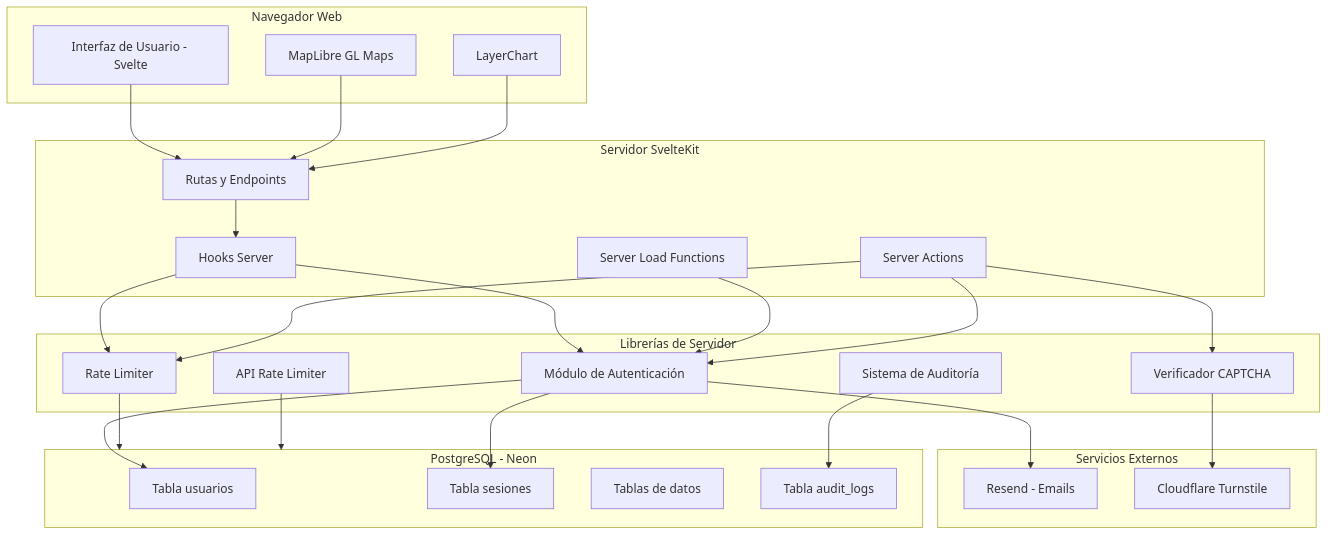
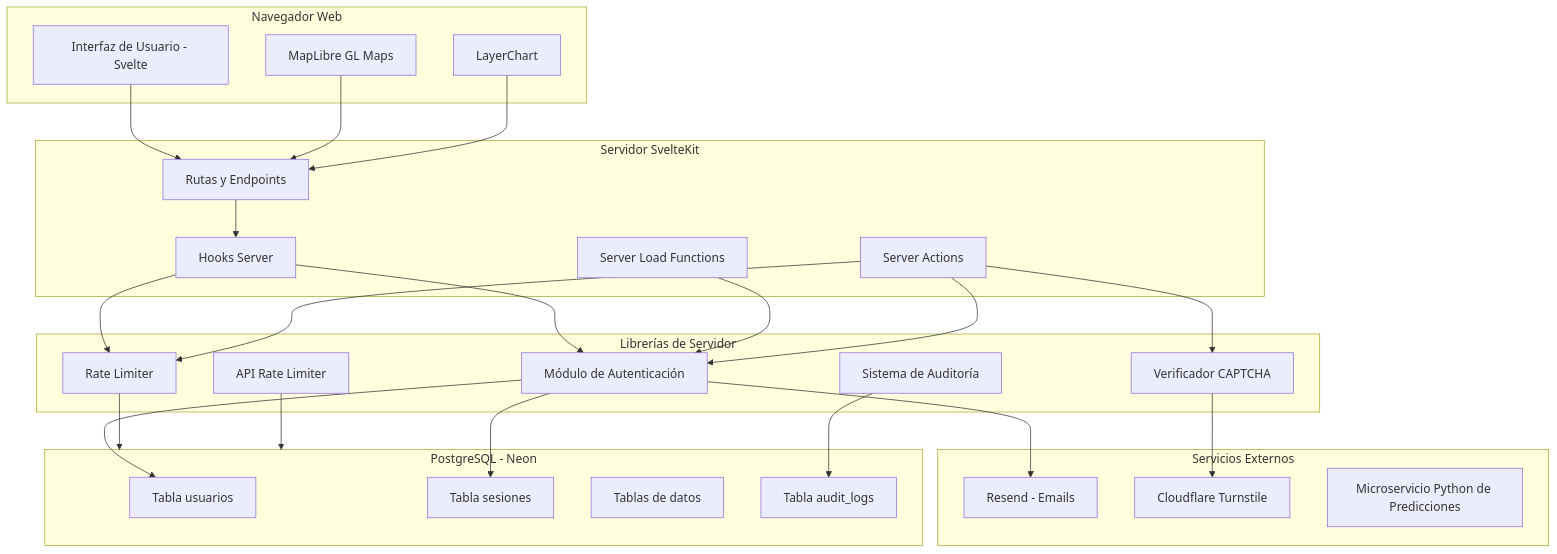
Before and after one commit to victorvidalv/idea-it-mytilusdata: the first of 12 diagrams in docs/architecture.md, drawn with Mermaid. The commit also changed other lines of this file and 45 other files, not shown here.

````diff
--- a/docs/architecture.md
+++ b/docs/architecture.md
@@ -7,57 +7,58 @@
 ```mermaid
 graph TB
     subgraph Cliente [Navegador Web]
         UI[Interfaz de Usuario - Svelte]
         Maps[MapLibre GL Maps]
         Charts[LayerChart]
     end
 
     subgraph SvelteKit [Servidor SvelteKit]
         Hooks[Hooks Server]
         Routes[Rutas y Endpoints]
         ServerLoad[Server Load Functions]
         Actions[Server Actions]
     end
 
     subgraph ServerLib [Librerías de Servidor]
         Auth[Módulo de Autenticación]
         RateLimiter[Rate Limiter]
         ApiRateLimiter[API Rate Limiter]
         Captcha[Verificador CAPTCHA]
         Audit[Sistema de Auditoría]
     end
 
     subgraph Database [PostgreSQL - Neon]
         UsersTable[Tabla usuarios]
         SessionsTable[Tabla sesiones]
         DataTable[Tablas de datos]
         AuditTable[Tabla audit_logs]
     end
 
     subgraph External [Servicios Externos]
         Resend[Resend - Emails]
         Turnstile[Cloudflare Turnstile]
+        PredictionAPI[Microservicio Python de Predicciones]
     end
 
     UI --> Routes
     Maps --> Routes
     Charts --> Routes
 
     Routes --> Hooks
     Hooks --> Auth
     Hooks --> RateLimiter
 
     ServerLoad --> Auth
     Actions --> Auth
     Actions --> RateLimiter
     Actions --> Captcha
 
     Auth --> UsersTable
     Auth --> SessionsTable
     Auth --> Resend
 
     RateLimiter --> Database
     ApiRateLimiter --> Database
     Captcha --> Turnstile
     Audit --> AuditTable
 ```
````
